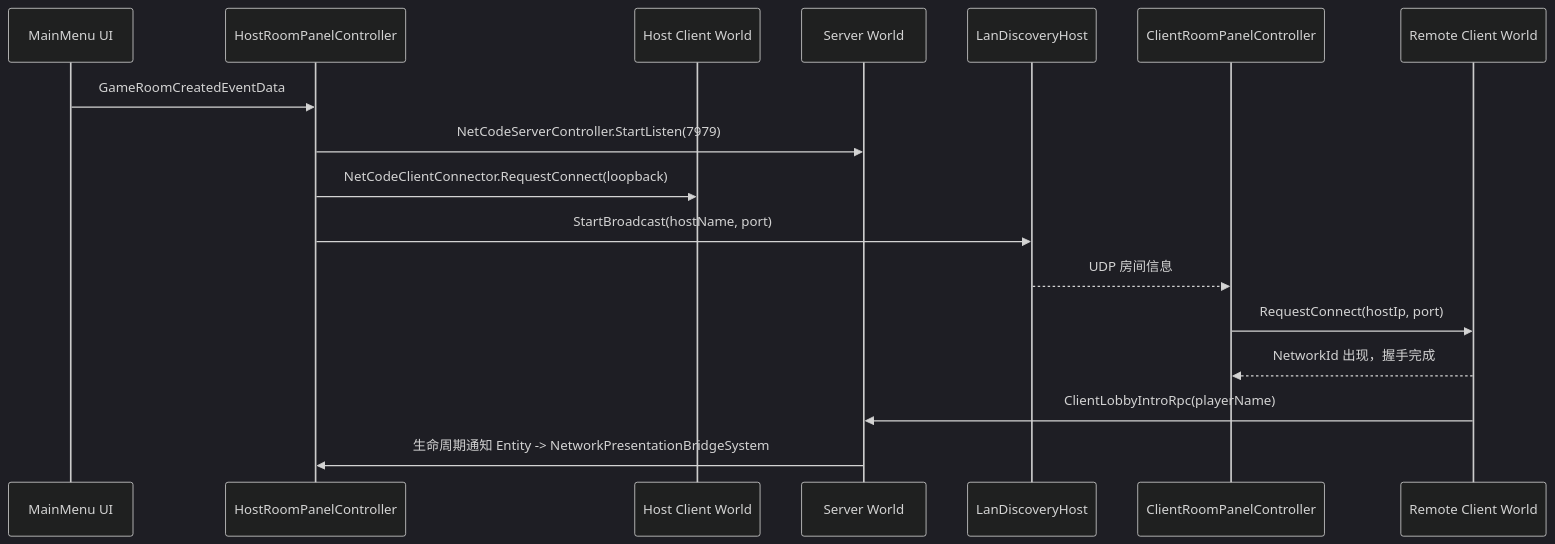
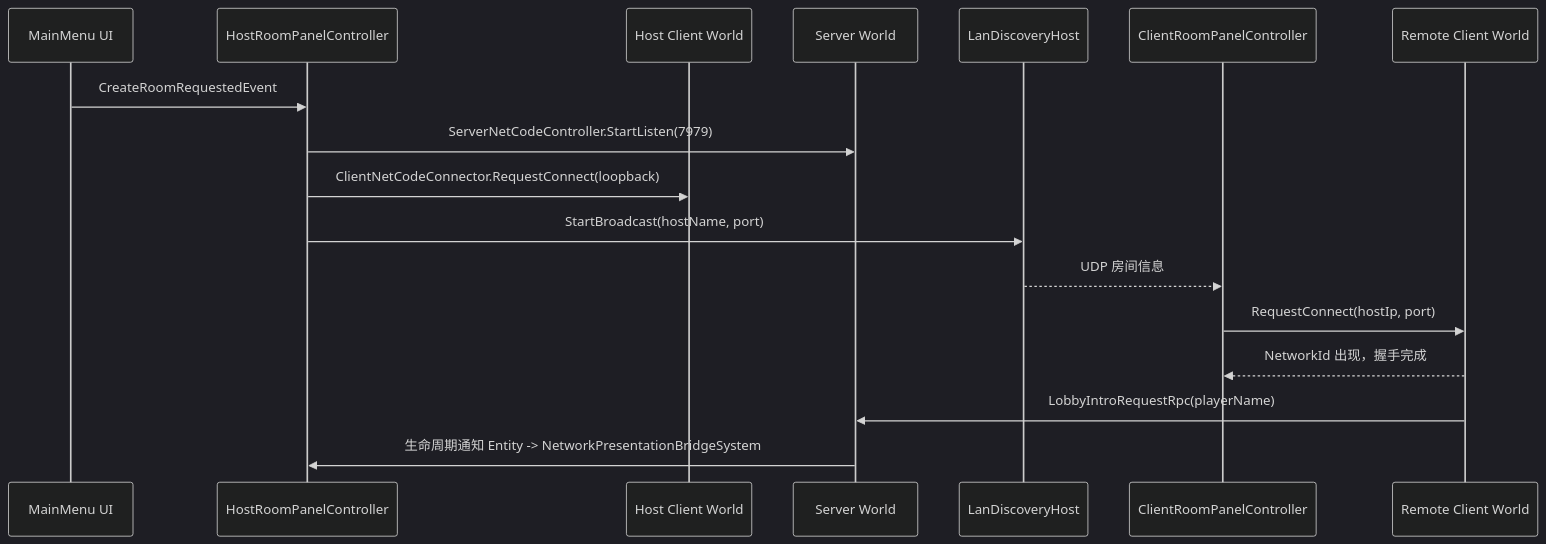
Before and after one commit to mcaswen/AnimarsCatcher: the second of 4 diagrams in docs/Architecture/04_StartupAndMatchFlow.md, drawn with Mermaid (dark theme). The commit also changed other lines of this file and 391 other files, not shown here.

````diff
--- a/docs/Architecture/04_StartupAndMatchFlow.md
+++ b/docs/Architecture/04_StartupAndMatchFlow.md
@@ -44,20 +44,20 @@
 ```mermaid
 sequenceDiagram
     participant Menu as MainMenu UI
     participant HostUI as HostRoomPanelController
     participant HostClient as Host Client World
     participant Server as Server World
     participant LAN as LanDiscoveryHost
     participant RemoteUI as ClientRoomPanelController
     participant Remote as Remote Client World
 
-    Menu->>HostUI: GameRoomCreatedEventData
-    HostUI->>Server: NetCodeServerController.StartListen(7979)
-    HostUI->>HostClient: NetCodeClientConnector.RequestConnect(loopback)
+    Menu->>HostUI: CreateRoomRequestedEvent
+    HostUI->>Server: ServerNetCodeController.StartListen(7979)
+    HostUI->>HostClient: ClientNetCodeConnector.RequestConnect(loopback)
     HostUI->>LAN: StartBroadcast(hostName, port)
     LAN-->>RemoteUI: UDP 房间信息
     RemoteUI->>Remote: RequestConnect(hostIp, port)
     Remote-->>RemoteUI: NetworkId 出现，握手完成
-    Remote->>Server: ClientLobbyIntroRpc(playerName)
+    Remote->>Server: LobbyIntroRequestRpc(playerName)
     Server->>HostUI: 生命周期通知 Entity -> NetworkPresentationBridgeSystem
 ```
````
